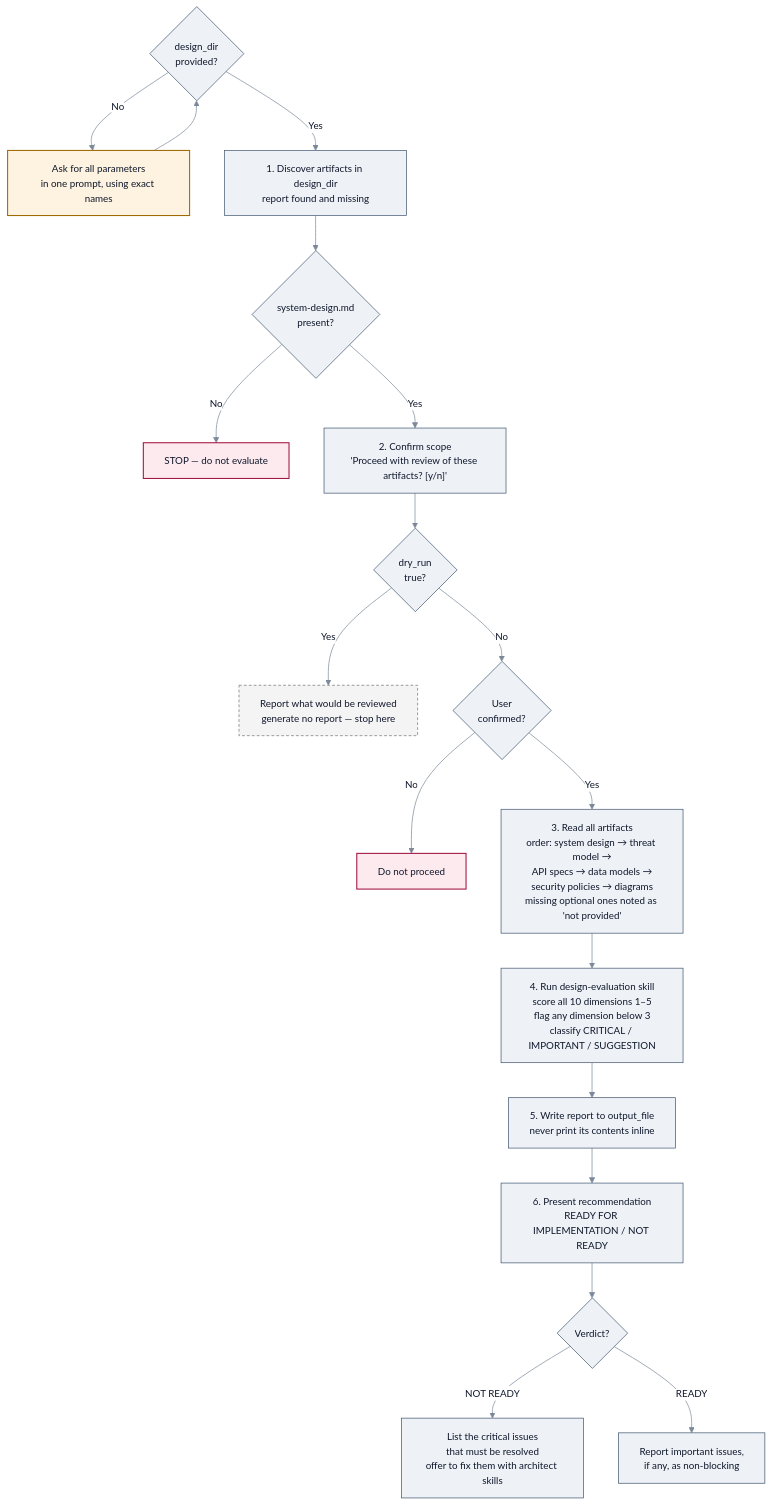
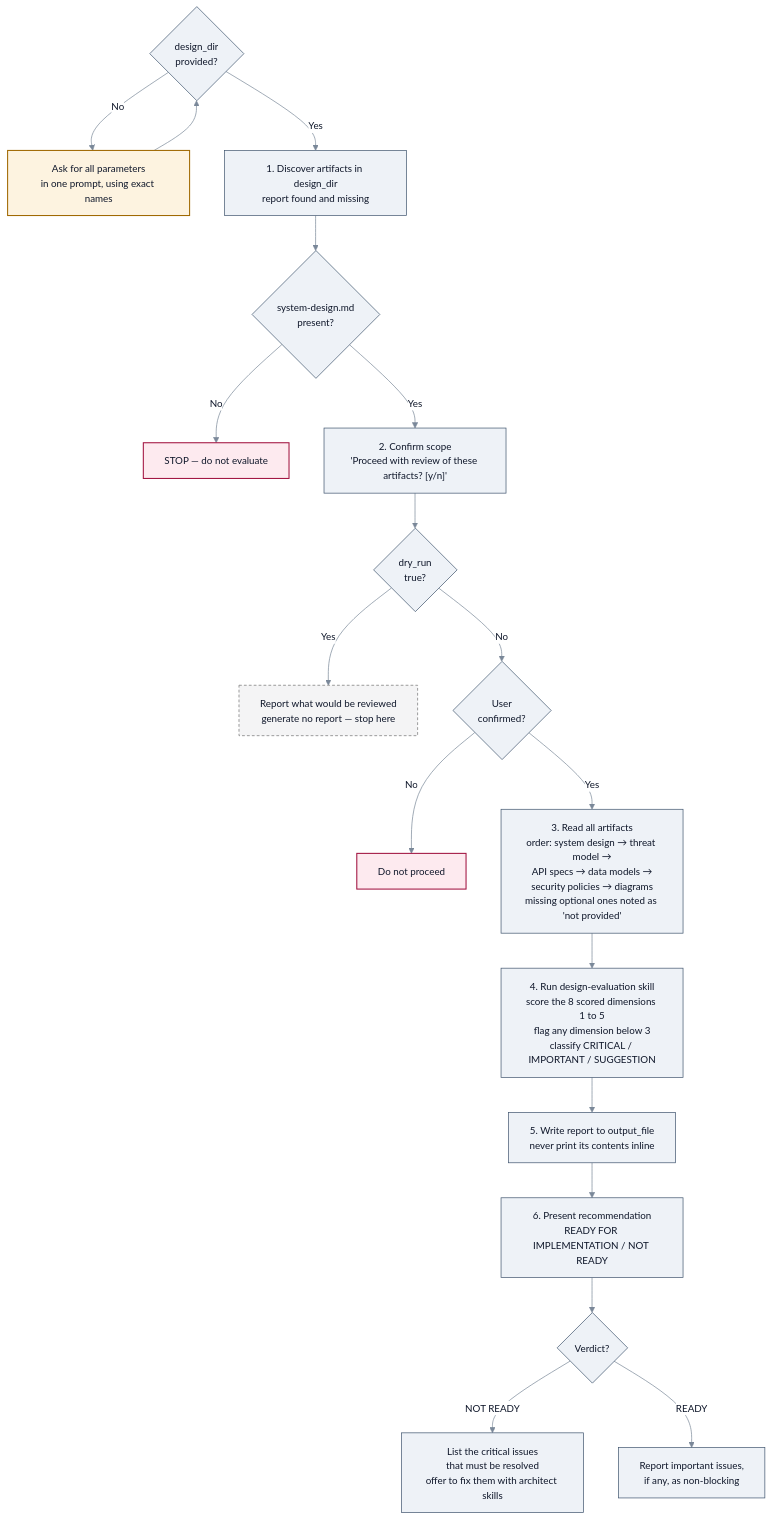
Before and after one commit to aws-solutions/konductor: the second of 3 diagrams in docs/user-guide/sop-workflows/design.md, drawn with Mermaid. The commit also changed other lines of this file and 10 other files, not shown here.

First line of the commit message:
fix(design-evaluation): score 8 dimensions and keep the summary and recommendations unscored

````diff
--- a/docs/user-guide/sop-workflows/design.md
+++ b/docs/user-guide/sop-workflows/design.md
@@ -201,34 +201,34 @@
 ```mermaid
 %%{init:{'theme':'base','themeVariables':{'fontSize':'14px','primaryColor':'#eef2f7','primaryTextColor':'#0f172a','primaryBorderColor':'#40556e','lineColor':'#7a8899','textColor':'#0f172a','edgeLabelBackground':'#ffffff','clusterBkg':'#fafbfc','clusterBorder':'#c9d2dc'}}}%%
 flowchart TD
     P{"design_dir<br/>provided?"} -->|No| Ask["Ask for all parameters<br/>in one prompt, using exact names"]
     Ask --> P
     P -->|Yes| S1
 
     S1["1. Discover artifacts in design_dir<br/>report found and missing"]
     S1 --> G0{"system-design.md<br/>present?"}
     G0 -->|No| Stop["STOP — do not evaluate"]
     G0 -->|Yes| S2["2. Confirm scope<br/>'Proceed with review of these artifacts? [y/n]'"]
 
     S2 --> Dry{"dry_run<br/>true?"}
     Dry -->|Yes| DryOut["Report what would be reviewed<br/>generate no report — stop here"]
     Dry -->|No| G1{"User<br/>confirmed?"}
     G1 -->|No| Halt["Do not proceed"]
     G1 -->|Yes| S3["3. Read all artifacts<br/>order: system design → threat model →<br/>API specs → data models →<br/>security policies → diagrams<br/>missing optional ones noted as 'not provided'"]
 
-    S3 --> S4["4. Run design-evaluation skill<br/>score all 10 dimensions 1–5<br/>flag any dimension below 3<br/>classify CRITICAL / IMPORTANT / SUGGESTION"]
+    S3 --> S4["4. Run design-evaluation skill<br/>score the 8 scored dimensions 1 to 5<br/>flag any dimension below 3<br/>classify CRITICAL / IMPORTANT / SUGGESTION"]
     S4 --> S5["5. Write report to output_file<br/>never print its contents inline"]
     S5 --> S6["6. Present recommendation<br/>READY FOR IMPLEMENTATION / NOT READY"]
 
     S6 --> V{"Verdict?"}
     V -->|"NOT READY"| NR["List the critical issues<br/>that must be resolved<br/>offer to fix them with architect skills"]
     V -->|"READY"| R["Report important issues,<br/>if any, as non-blocking"]
 
     class Ask gate
     class Stop,Halt stop
     class DryOut muted
 
     classDef gate fill:#fdf3e0,stroke:#a06800,stroke-width:1.5px,color:#0f172a;
     classDef stop fill:#fdeaef,stroke:#a1123f,stroke-width:1.5px,color:#0f172a;
     classDef muted fill:#f4f4f5,stroke:#8a8a8a,stroke-width:1.2px,color:#0f172a,stroke-dasharray:4 3;
 ```
````
